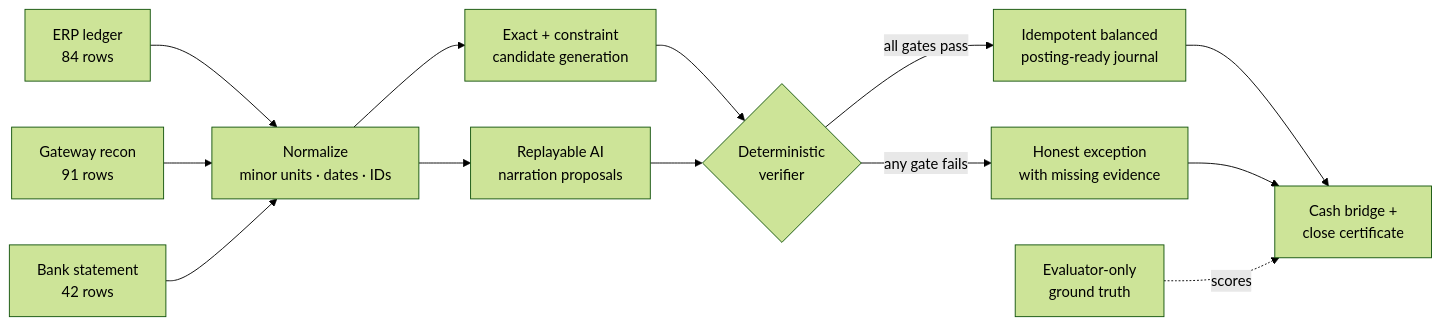
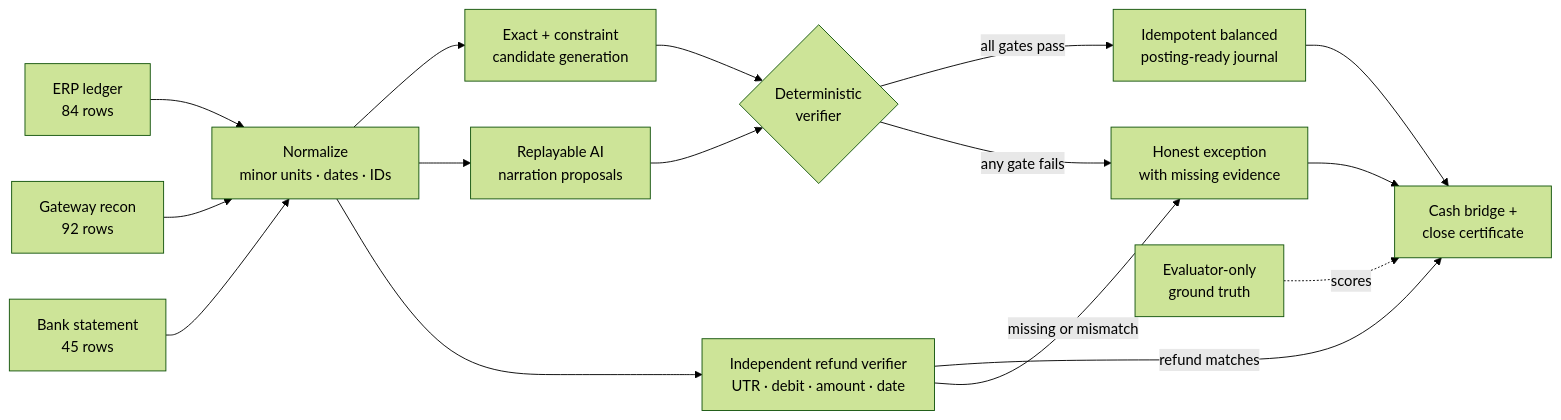
One commit to Taraka-Abhinav/SettleProof changed the diagram in README.md. Above: the diagram before and after it, drawn with Mermaid (forest theme). The commit also changed other lines of this file and 32 other files, not shown here.

````diff
--- a/README.md
+++ b/README.md
@@ -112,15 +142,18 @@
 ```mermaid
 flowchart LR
     A[ERP ledger\n84 rows] --> N[Normalize\nminor units · dates · IDs]
-    B[Gateway recon\n91 rows] --> N
-    C[Bank statement\n42 rows] --> N
+    B[Gateway recon\n92 rows] --> N
+    C[Bank statement\n45 rows] --> N
     N --> R[Exact + constraint\ncandidate generation]
     N --> P[Replayable AI\nnarration proposals]
+    N --> F[Independent refund verifier\nUTR · debit · amount · date]
     R --> V{Deterministic\nverifier}
     P --> V
     V -->|all gates pass| J[Idempotent balanced\nposting-ready journal]
     V -->|any gate fails| E[Honest exception\nwith missing evidence]
+    F -->|refund matches| K
+    F -->|missing or mismatch| E
     J --> K[Cash bridge +\nclose certificate]
     E --> K
     T[Evaluator-only\nground truth] -. scores .-> K
 ```
````
